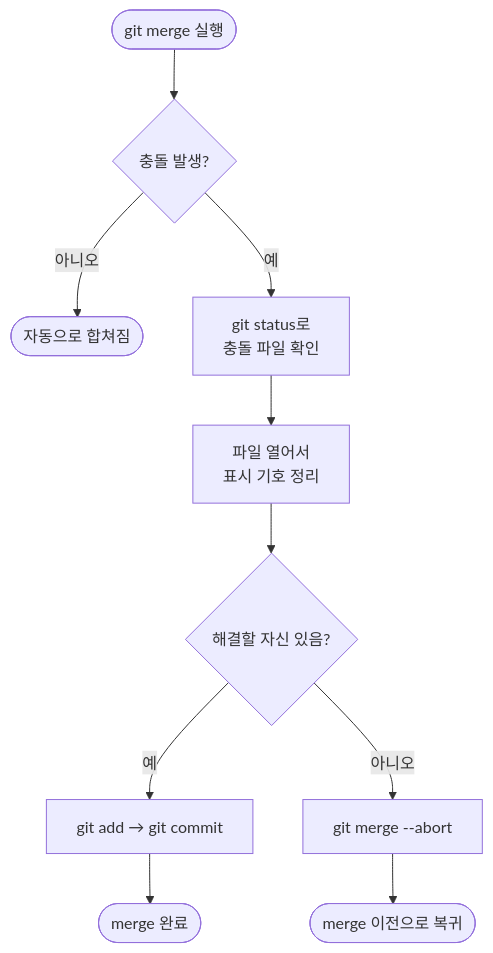
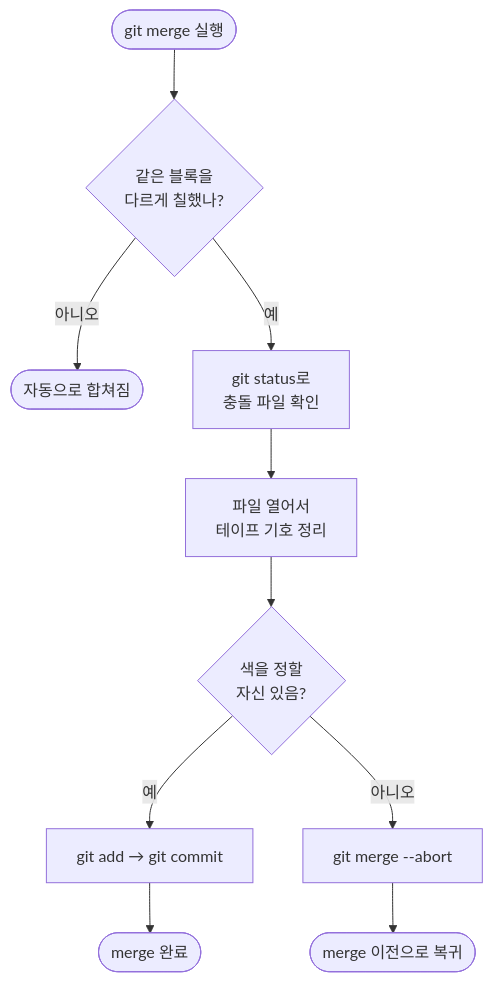
Before and after one commit to skinopero/my-blog: the fourth of 4 diagrams in _posts/2026-08-31-merge-충돌.md, drawn with Mermaid. The commit also changed other lines of this file and 2 other files, not shown here.

````diff
--- a/_posts/2026-08-31-merge-충돌.md
+++ b/_posts/2026-08-31-merge-충돌.md
@@ -120,12 +125,12 @@
 ```mermaid
 flowchart TD
-    Start([git merge 실행]) --> Q{충돌 발생?}
+    Start([git merge 실행]) --> Q{같은 블록을<br/>다르게 칠했나?}
     Q -- "아니오" --> Done1([자동으로 합쳐짐])
-    Q -- "예" --> Status[git status로<br/>충돌 파일 확인]
-    Status --> Edit[파일 열어서<br/>표시 기호 정리]
-    Edit --> Sure{해결할 자신 있음?}
+    Q -- "예" --> Status["git status로<br/>충돌 파일 확인"]
+    Status --> Edit["파일 열어서<br/>테이프 기호 정리"]
+    Edit --> Sure{색을 정할<br/>자신 있음?}
     Sure -- "예" --> AddCommit["git add → git commit"]
     Sure -- "아니오" --> Abort["git merge --abort"]
     AddCommit --> Done2([merge 완료])
     Abort --> Done3([merge 이전으로 복귀])
 ```
````
